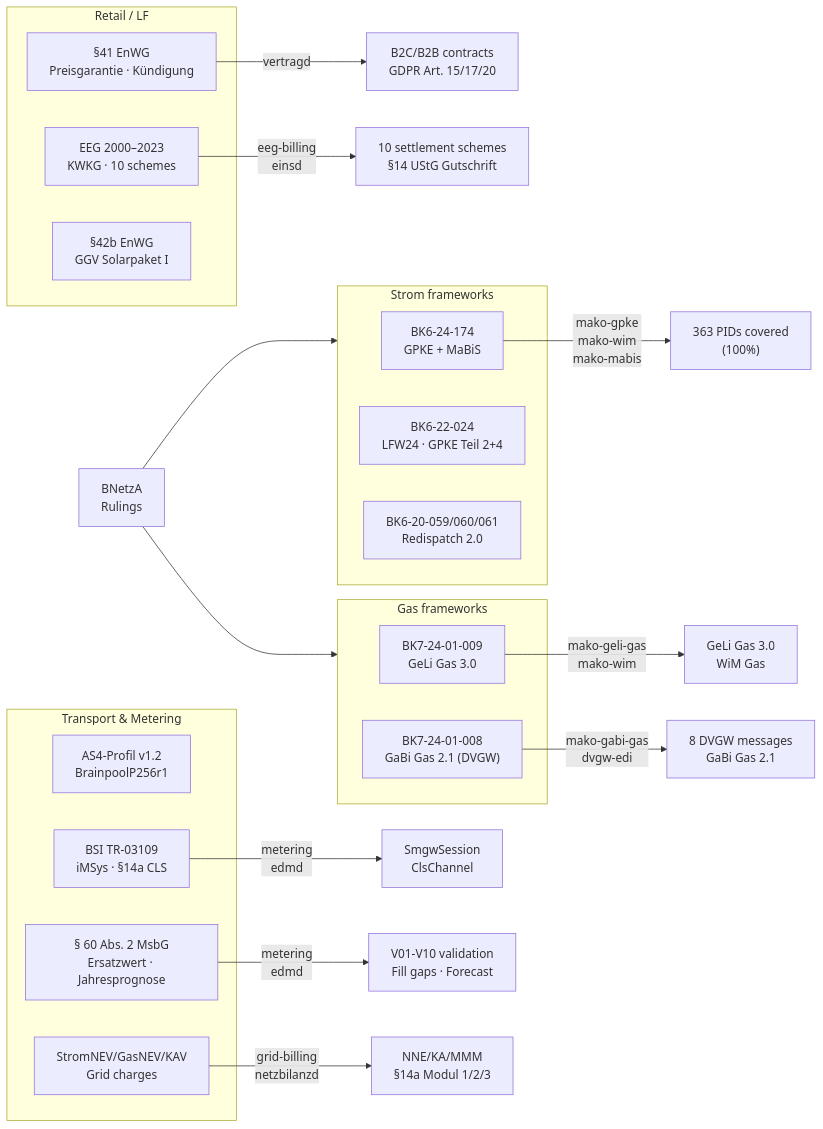
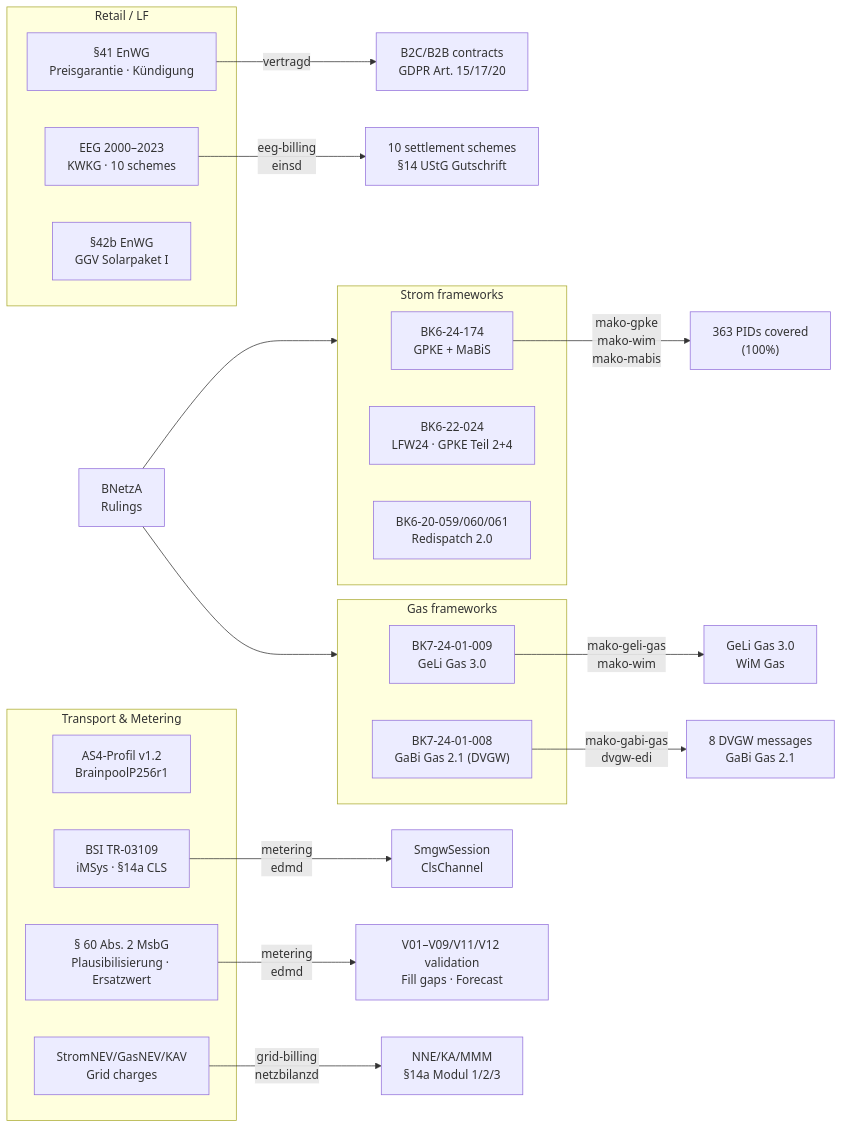
Before and after one commit to hupe1980/mako: the diagram in site/content/docs/regulatory/_index.md, drawn with Mermaid. The commit also changed other lines of this file and 45 other files, not shown here.

````diff
--- a/site/content/docs/regulatory/_index.md
+++ b/site/content/docs/regulatory/_index.md
@@ -28,40 +28,40 @@
 ```mermaid
 graph LR
     BNetzA["BNetzA<br/>Rulings"]
 
     subgraph strom ["Strom frameworks"]
         BK6_24["BK6-24-174<br/>GPKE + MaBiS"]
         BK6_22["BK6-22-024<br/>LFW24 · GPKE Teil 2+4"]
         BK6_20["BK6-20-059/060/061<br/>Redispatch 2.0"]
     end
 
     subgraph gas ["Gas frameworks"]
         BK7_24["BK7-24-01-009<br/>GeLi Gas 3.0"]
         BK7_14["BK7-24-01-008<br/>GaBi Gas 2.1 (DVGW)"]
     end
 
     subgraph retail ["Retail / LF"]
         ENW41["§41 EnWG<br/>Preisgarantie · Kündigung"]
         EEG["EEG 2000–2023<br/>KWKG · 10 schemes"]
         SOLA["§42b EnWG<br/>GGV Solarpaket I"]
     end
 
     subgraph transport ["Transport & Metering"]
         AS4["AS4-Profil v1.2<br/>BrainpoolP256r1"]
         BSI["BSI TR-03109<br/>iMSys · §14a CLS"]
-        MsbG["§ 60 Abs. 2 MsbG<br/>Ersatzwert · Jahresprognose"]
+        MsbG["§ 60 Abs. 2 MsbG<br/>Plausibilisierung · Ersatzwert"]
         NNNEV["StromNEV/GasNEV/KAV<br/>Grid charges"]
     end
 
     BNetzA --> strom
     BNetzA --> gas
 
     BK6_24 -->|"mako-gpke<br/>mako-wim<br/>mako-mabis"| GPKE_impl["363 PIDs covered<br/>(100%)"]
     BK7_24 -->|"mako-geli-gas<br/>mako-wim"| GAS_impl["GeLi Gas 3.0<br/>WiM Gas"]
     BK7_14 -->|"mako-gabi-gas<br/>dvgw-edi"| DVGW_impl["8 DVGW messages<br/>GaBi Gas 2.1"]
     ENW41 -->|"vertragd"| LF_impl["B2C/B2B contracts<br/>GDPR Art. 15/17/20"]
     EEG -->|"eeg-billing<br/>einsd"| EEG_impl["10 settlement schemes<br/>§14 UStG Gutschrift"]
     BSI -->|"metering<br/>edmd"| IOT_impl["SmgwSession<br/>ClsChannel"]
-    MsbG -->|"metering<br/>edmd"| SUB_impl["V01-V10 validation<br/>Fill gaps · Forecast"]
+    MsbG -->|"metering<br/>edmd"| SUB_impl["V01–V09/V11/V12 validation<br/>Fill gaps · Forecast"]
     NNNEV -->|"grid-billing<br/>netzbilanzd"| NNE_impl["NNE/KA/MMM<br/>§14a Modul 1/2/3"]
 ```
````
